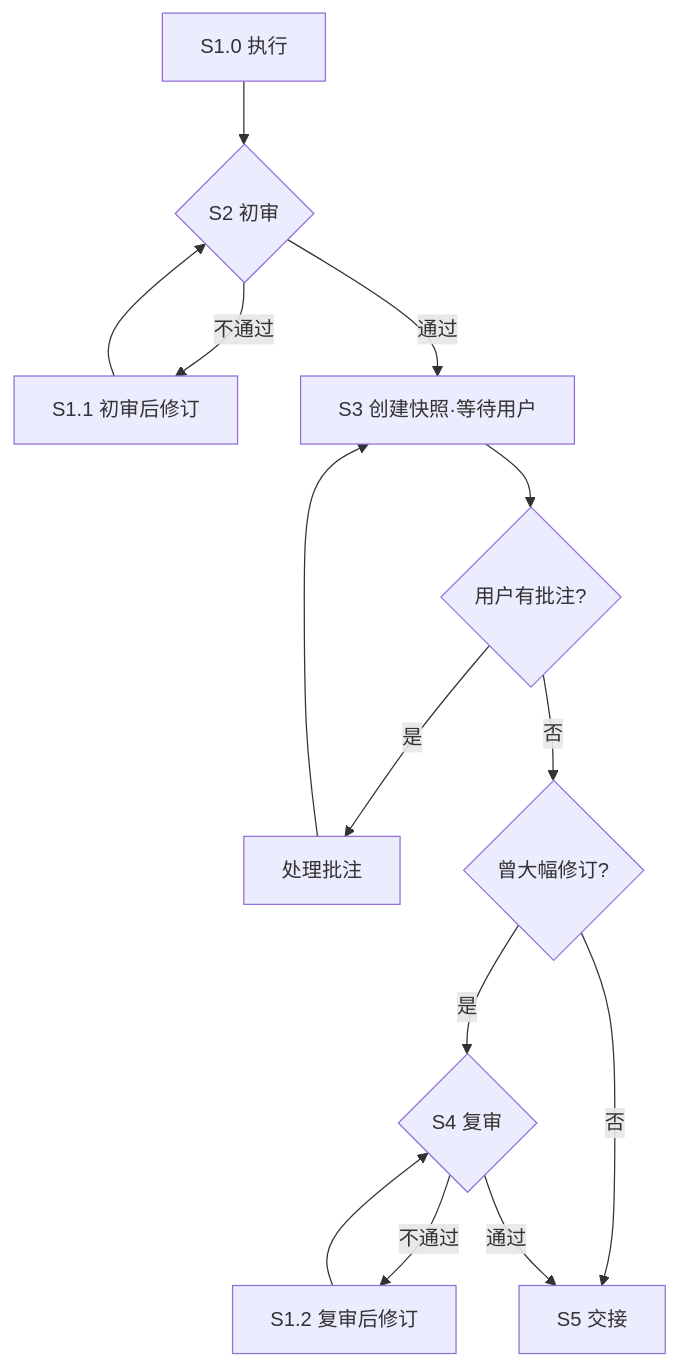
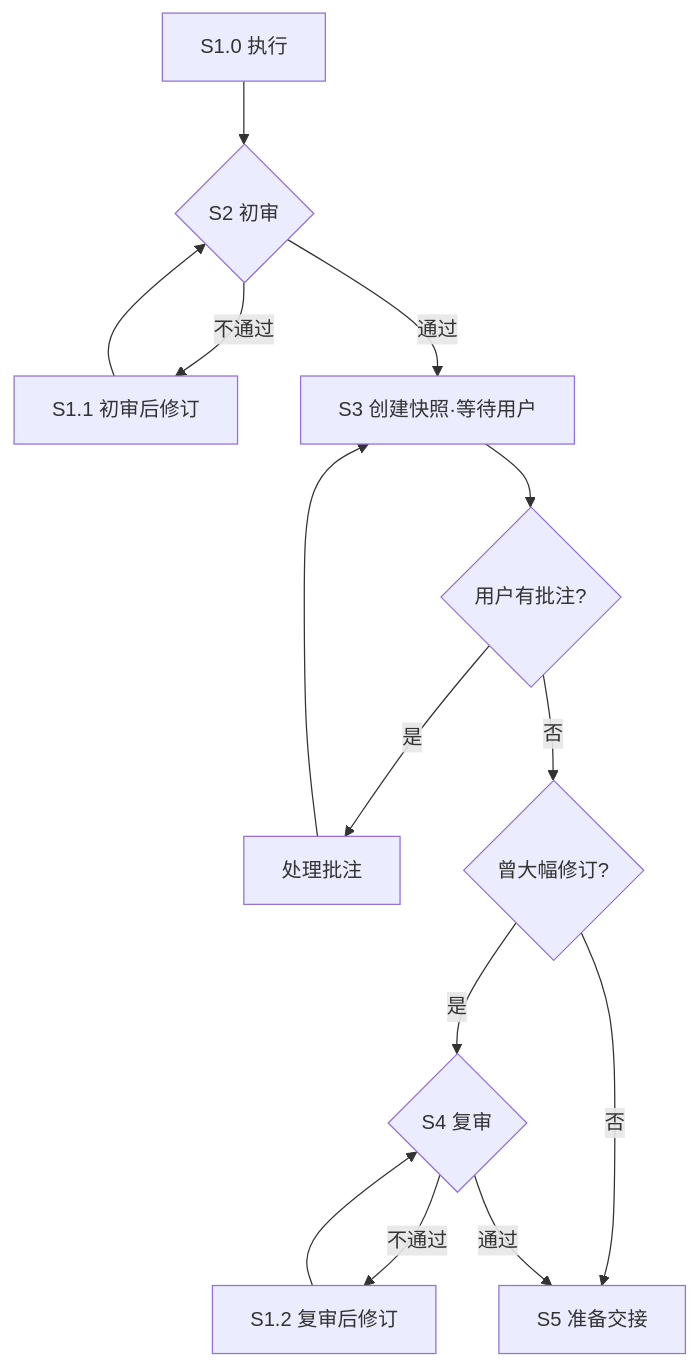
The diagram in src/builtin/skills/hd-review-pipeline/SKILL.md (aiimoyu/hyper-designer), drawn with Mermaid before and after one commit. The commit also changed 4 other files, not shown here.

Commit message:
feat: 更新 hd-review-pipeline 流程图，增强工作流状态工具描述，添加会话历史变换器

````diff
--- a/src/builtin/skills/hd-review-pipeline/SKILL.md
+++ b/src/builtin/skills/hd-review-pipeline/SKILL.md
@@ -30,13 +30,13 @@
 ```mermaid
 graph TD
     P1_0[S1.0 执行] --> S2{S2 初审}
     S2 -- 不通过 --> P1_1[S1.1 初审后修订] --> S2
     S2 -- 通过 --> S3[S3 创建快照·等待用户]
     S3 --> S3d{用户有批注?}
     S3d -- 是 --> S3fix[处理批注] --> S3
     S3d -- 否 --> S3r{曾大幅修订?}
     S3r -- 是 --> S4{S4 复审}
-    S3r -- 否 --> S5[S5 交接]
+    S3r -- 否 --> S5[S5 准备交接]
     S4 -- 不通过 --> P1_2[S1.2 复审后修订] --> S4
     S4 -- 通过 --> S5
 ```
````
